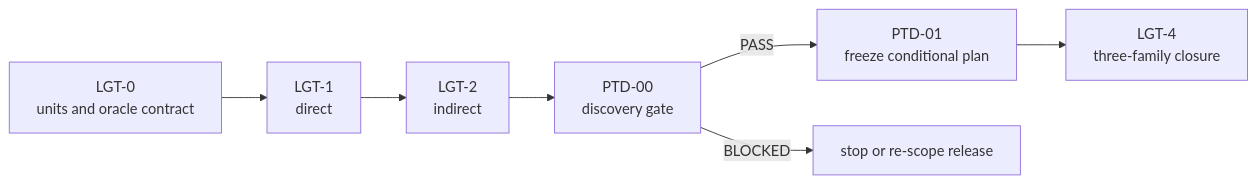
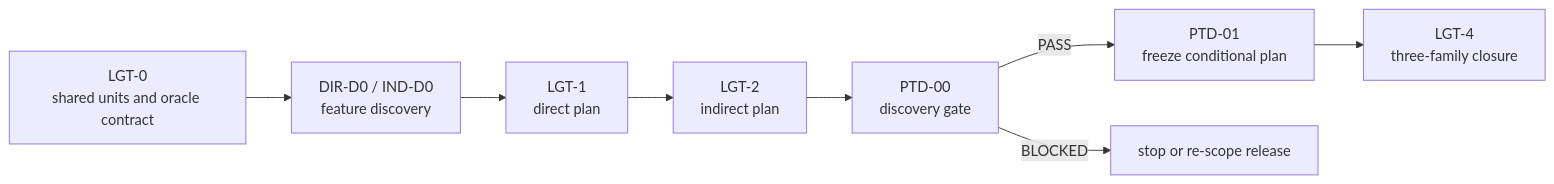
Before and after one commit to stoleckipawel/SparkleEngine: the diagram in Docs/Architecture/Modules/Engine/Renderer/FirstRelease/Lighting.md, drawn with Mermaid. The commit also changed other lines of this file and 36 other files, not shown here.

````diff
--- a/Docs/Architecture/Modules/Engine/Renderer/FirstRelease/Lighting.md
+++ b/Docs/Architecture/Modules/Engine/Renderer/FirstRelease/Lighting.md
@@ -17,9 +17,10 @@
 ```mermaid
 flowchart LR
-    L0[LGT-0<br/>units and oracle contract] --> L1[LGT-1<br/>direct]
-    L1 --> L2[LGT-2<br/>indirect]
+    L0[LGT-0<br/>shared units and oracle contract] --> D0[DIR-D0 / IND-D0<br/>feature discovery]
+    D0 --> L1[LGT-1<br/>direct plan]
+    L1 --> L2[LGT-2<br/>indirect plan]
     L2 --> D[PTD-00<br/>discovery gate]
     D -->|PASS| P[PTD-01<br/>freeze conditional plan]
     D -->|BLOCKED| S[stop or re-scope release]
     P --> L4[LGT-4<br/>three-family closure]
 ```
````
